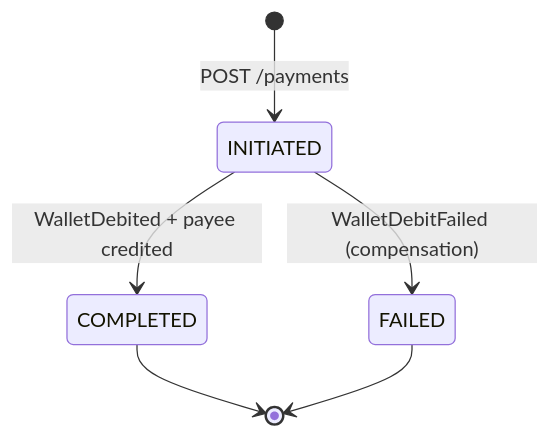
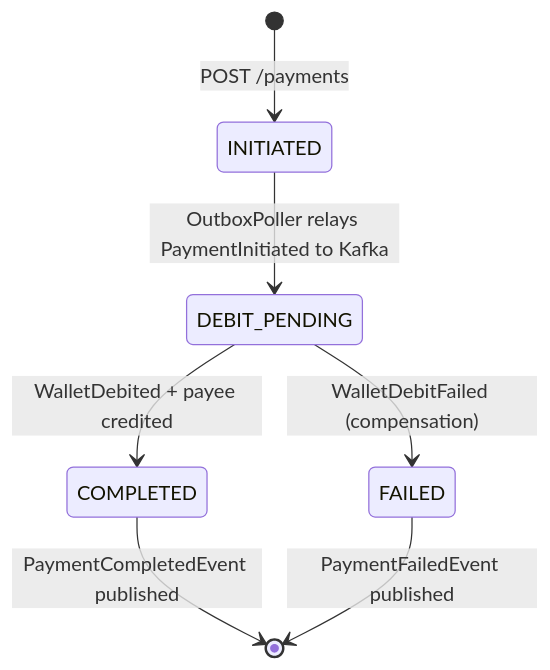
One commit to guptaumang769/upi-payment-system changed the fifth of 5 diagrams in DIAGRAMS.md. Above: the diagram before and after it, drawn with Mermaid. The commit also changed other lines of this file and 2 other files, not shown here.

Commit message:
feat(payment): add DEBIT_PENDING to Payment status enum

````diff
--- a/DIAGRAMS.md
+++ b/DIAGRAMS.md
@@ -201,8 +201,9 @@
 ```mermaid
 stateDiagram-v2
     [*] --> INITIATED : POST /payments
-    INITIATED --> COMPLETED : WalletDebited + payee credited
-    INITIATED --> FAILED : WalletDebitFailed (compensation)
-    COMPLETED --> [*]
-    FAILED --> [*]
+    INITIATED --> DEBIT_PENDING : OutboxPoller relays PaymentInitiated to Kafka
+    DEBIT_PENDING --> COMPLETED : WalletDebited + payee credited
+    DEBIT_PENDING --> FAILED : WalletDebitFailed (compensation)
+    COMPLETED --> [*] : PaymentCompletedEvent published
+    FAILED --> [*] : PaymentFailedEvent published
 ```
````
